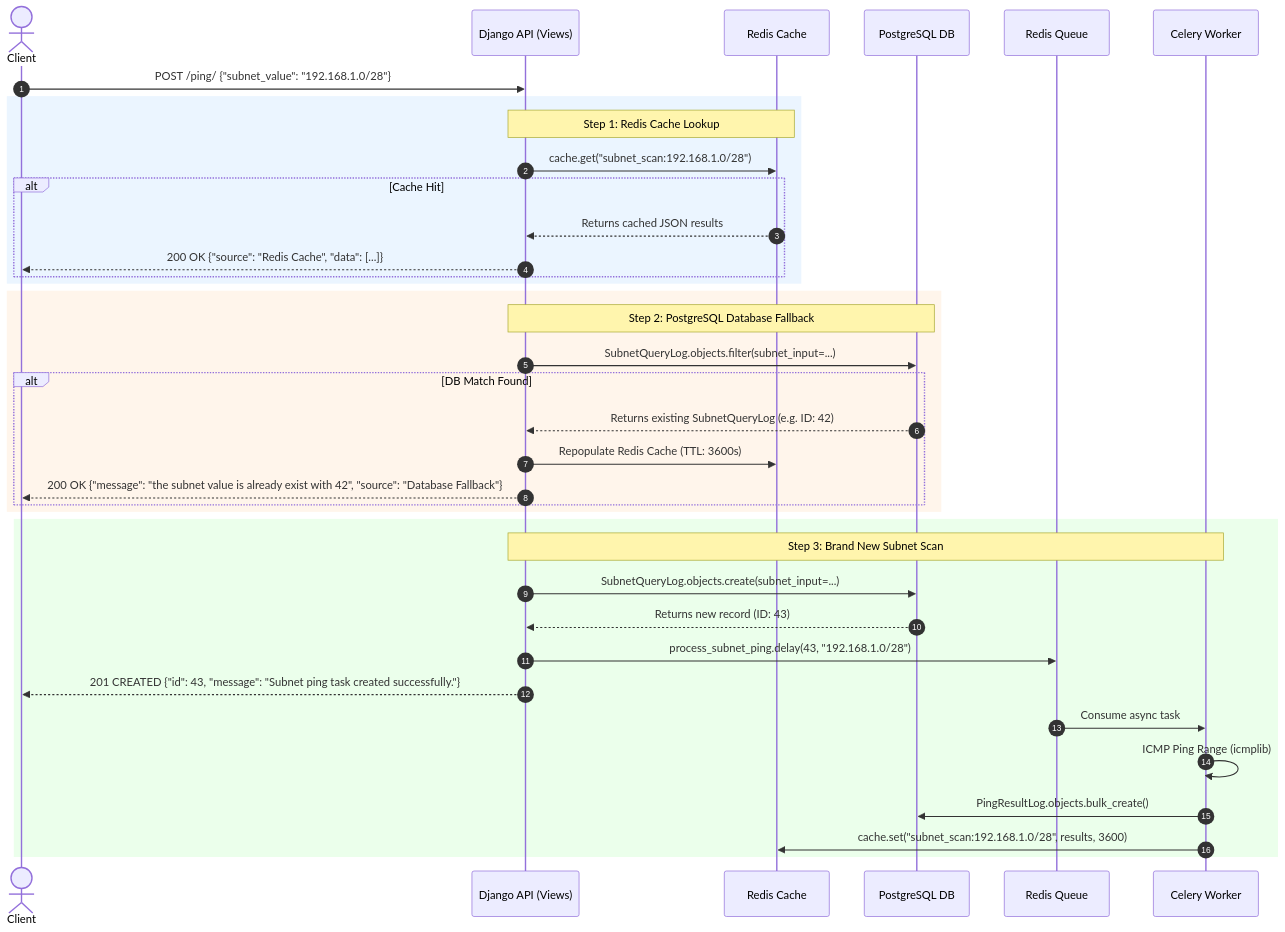
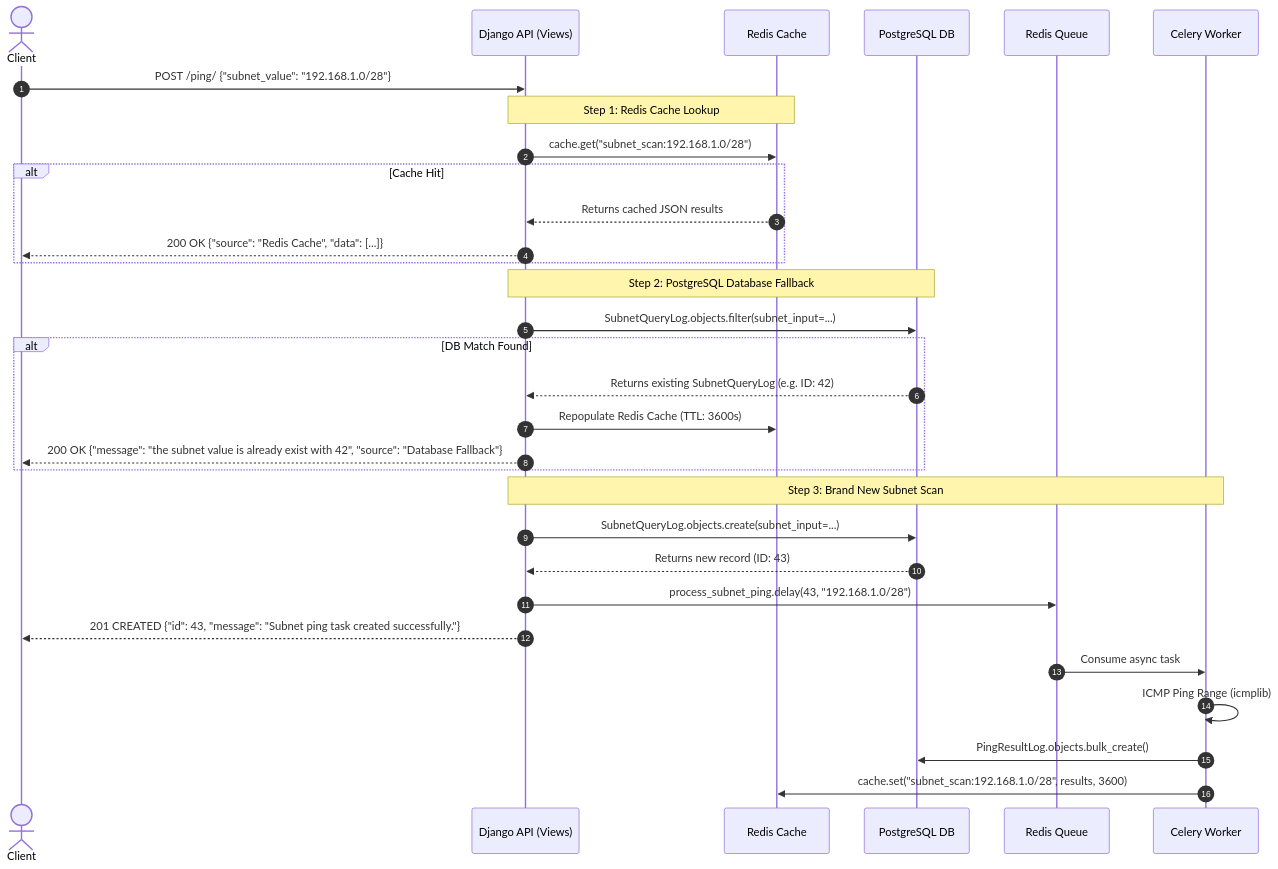
The diagram in README.md (ForisGrancj/subnet-ping-app), drawn with Mermaid before and after one commit.

Commit message:
docs(readme): remove background color blocks from sequence diagram

````diff
--- a/README.md
+++ b/README.md
@@ -184,44 +184,38 @@
 ``` mermaid
 sequenceDiagram
     autonumber
     actor Client
     participant API as Django API (Views)
     participant Cache as Redis Cache
     participant DB as PostgreSQL DB
     participant Queue as Redis Queue
     participant Worker as Celery Worker
 
     Client->>API: POST /ping/ {"subnet_value": "192.168.1.0/28"}
     
-    rect rgb(235, 245, 255)
-        Note over API, Cache: Step 1: Redis Cache Lookup
-        API->>Cache: cache.get("subnet_scan:192.168.1.0/28")
-        alt Cache Hit
-            Cache-->>API: Returns cached JSON results
-            API-->>Client: 200 OK {"source": "Redis Cache", "data": [...]}
-        end
+    Note over API, Cache: Step 1: Redis Cache Lookup
+    API->>Cache: cache.get("subnet_scan:192.168.1.0/28")
+    alt Cache Hit
+        Cache-->>API: Returns cached JSON results
+        API-->>Client: 200 OK {"source": "Redis Cache", "data": [...]}
     end
 
-    rect rgb(255, 245, 235)
-        Note over API, DB: Step 2: PostgreSQL Database Fallback
-        API->>DB: SubnetQueryLog.objects.filter(subnet_input=...)
-        alt DB Match Found
-            DB-->>API: Returns existing SubnetQueryLog (e.g. ID: 42)
-            API->>Cache: Repopulate Redis Cache (TTL: 3600s)
-            API-->>Client: 200 OK {"message": "the subnet value is already exist with 42", "source": "Database Fallback"}
-        end
+    Note over API, DB: Step 2: PostgreSQL Database Fallback
+    API->>DB: SubnetQueryLog.objects.filter(subnet_input=...)
+    alt DB Match Found
+        DB-->>API: Returns existing SubnetQueryLog (e.g. ID: 42)
+        API->>Cache: Repopulate Redis Cache (TTL: 3600s)
+        API-->>Client: 200 OK {"message": "the subnet value is already exist with 42", "source": "Database Fallback"}
     end
+
+    Note over API, Worker: Step 3: Brand New Subnet Scan
+    API->>DB: SubnetQueryLog.objects.create(subnet_input=...)
+    DB-->>API: Returns new record (ID: 43)
+    API->>Queue: process_subnet_ping.delay(43, "192.168.1.0/28")
+    API-->>Client: 201 CREATED {"id": 43, "message": "Subnet ping task created successfully."}
     
-    rect rgb(235, 255, 235)
-        Note over API, Worker: Step 3: Brand New Subnet Scan
-        API->>DB: SubnetQueryLog.objects.create(subnet_input=...)
-        DB-->>API: Returns new record (ID: 43)
-        API->>Queue: process_subnet_ping.delay(43, "192.168.1.0/28")
-        API-->>Client: 201 CREATED {"id": 43, "message": "Subnet ping task created successfully."}
-        
-        Queue->>Worker: Consume async task
-        Worker->>Worker: ICMP Ping Range (icmplib)
-        Worker->>DB: PingResultLog.objects.bulk_create()
-        Worker->>Cache: cache.set("subnet_scan:192.168.1.0/28", results, 3600)
-    end
+    Queue->>Worker: Consume async task
+    Worker->>Worker: ICMP Ping Range (icmplib)
+    Worker->>DB: PingResultLog.objects.bulk_create()
+    Worker->>Cache: cache.set("subnet_scan:192.168.1.0/28", results, 3600)
 ```
````
